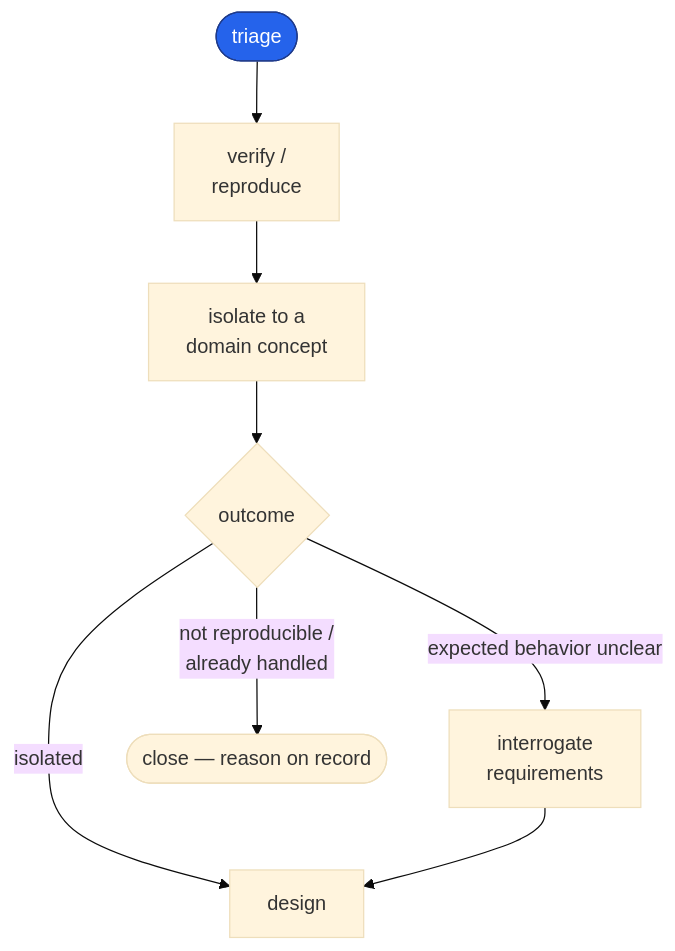
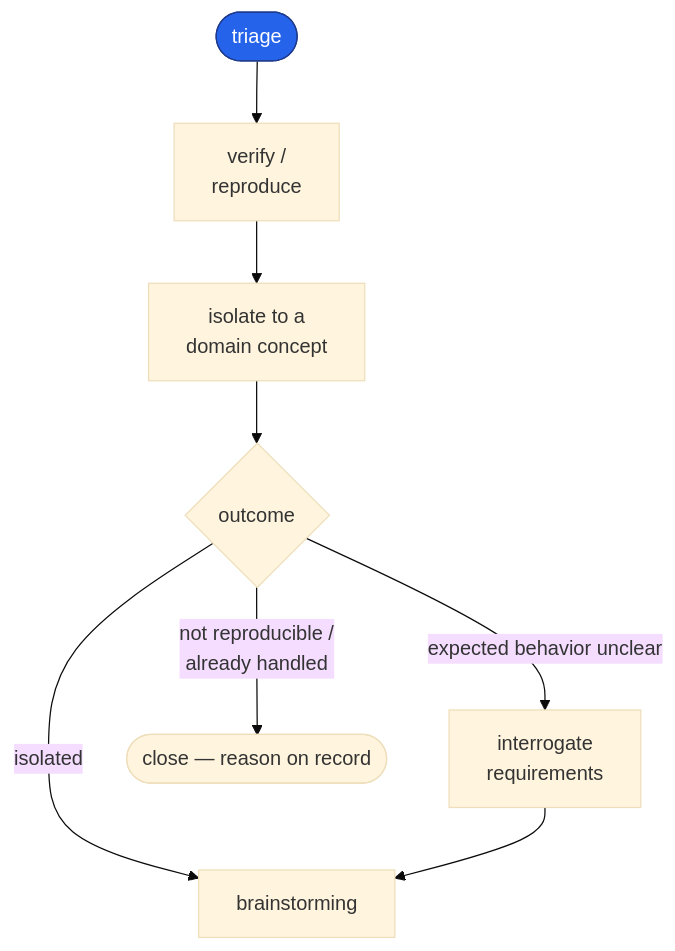
One commit to dashworthy/engineering changed the third of 6 diagrams in README.md. Above: the diagram before and after it, drawn with Mermaid (base theme). The commit also changed other lines of this file and 39 other files, not shown here.

````diff
--- a/README.md
+++ b/README.md
@@ -89,12 +89,12 @@
 ```mermaid
 flowchart TD
     classDef entry fill:#2563eb,stroke:#1e3a8a,color:#fff
 
     T(["triage"]):::entry --> T1["verify /<br/>reproduce"]
     T1 --> T2["isolate to a<br/>domain concept"]
     T2 --> T3{"outcome"}
     T3 -->|"expected behavior unclear"| Q["interrogate<br/>requirements"]
-    T3 -->|"isolated"| BR["design"]
+    T3 -->|"isolated"| BR["brainstorming"]
     T3 -->|"not reproducible /<br/>already handled"| CL(["close — reason on record"])
     Q --> BR
 ```
````
